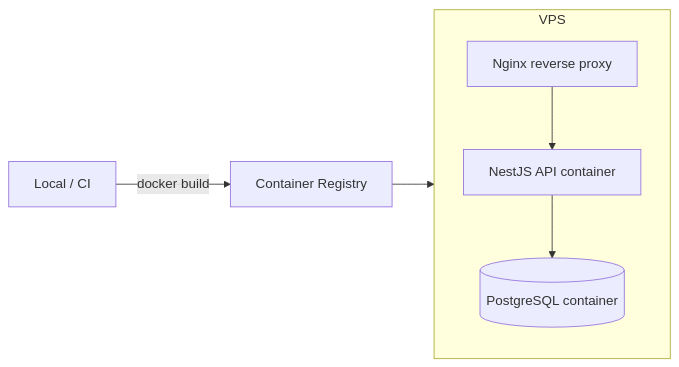
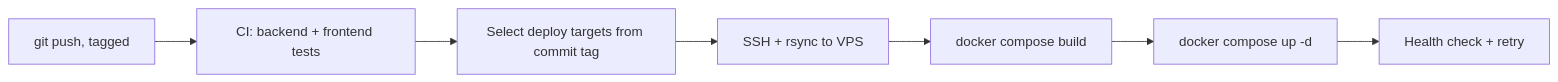
One commit to JJ-Dev18/portafolio2026 changed the third of 3 diagrams in content/en/pages/engineering.mdx. Above: the diagram before and after it, drawn with Mermaid. The commit also changed other lines of this file and 15 other files, not shown here.

````diff
--- a/content/en/pages/engineering.mdx
+++ b/content/en/pages/engineering.mdx
@@ -64,9 +70,9 @@
 ```mermaid
 flowchart LR
-  Dev[Local / CI] -->|docker build| Registry[Container Registry]
-  Registry --> VPS[DigitalOcean VPS]
-  subgraph VPS
-    Nginx[Nginx reverse proxy] --> API2[NestJS API container]
-    API2 --> PG[(PostgreSQL container)]
-  end
+  Dev[git push, tagged] --> Test[CI: backend + frontend tests]
+  Test --> Flags[Select deploy targets from commit tag]
+  Flags --> SSH[SSH + rsync to VPS]
+  SSH --> Build[docker compose build]
+  Build --> Up[docker compose up -d]
+  Up --> Health[Health check + retry]
 ```
````
